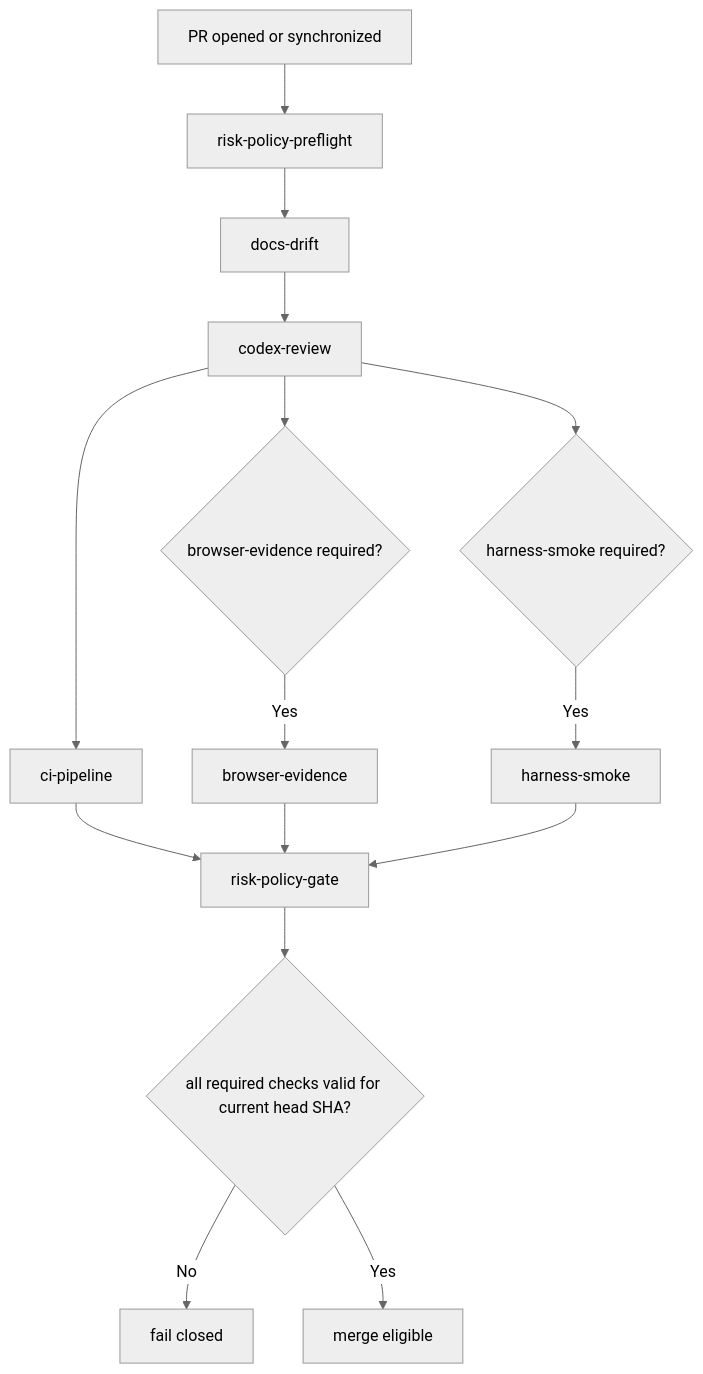
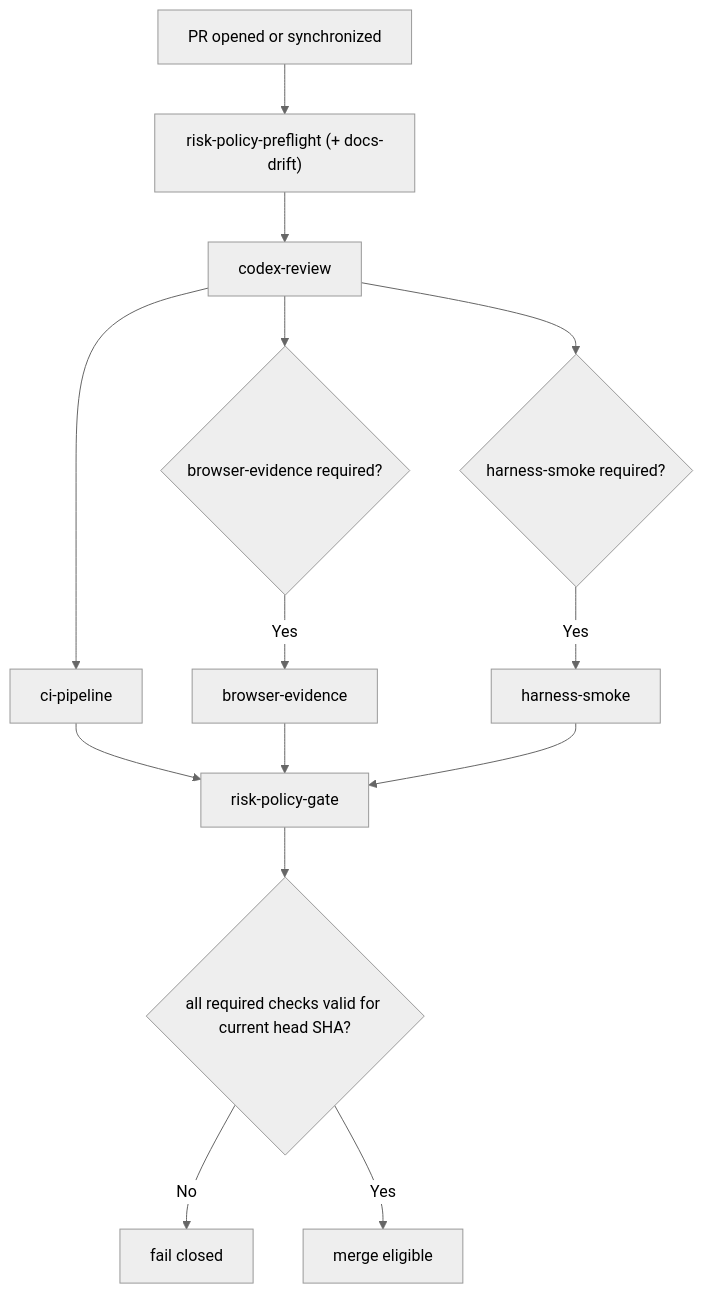
The diagram in docs/merge-policy.md (glcsolutions-ca/compass), drawn with Mermaid (neutral theme) before and after one commit. The commit also changed other lines of this file and 12 other files, not shown here.

````diff
--- a/docs/merge-policy.md
+++ b/docs/merge-policy.md
@@ -74,17 +82,16 @@
 ```mermaid
 flowchart TD
-  A["PR opened or synchronized"] --> B["risk-policy-preflight"]
-  B --> C["docs-drift"]
-  C --> D["codex-review"]
+  A["PR opened or synchronized"] --> B["risk-policy-preflight (+ docs-drift)"]
+  B --> D["codex-review"]
   D --> E["ci-pipeline"]
   D --> F{"browser-evidence required?"}
   D --> G{"harness-smoke required?"}
   F -- Yes --> H["browser-evidence"]
   G -- Yes --> I["harness-smoke"]
   E --> J["risk-policy-gate"]
   H --> J
   I --> J
   J --> K{"all required checks valid for current head SHA?"}
   K -- No --> X["fail closed"]
   K -- Yes --> M["merge eligible"]
 ```
````
